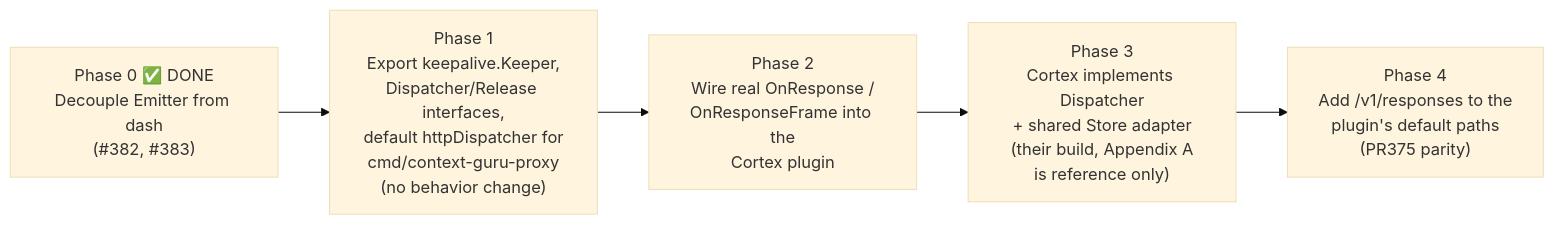
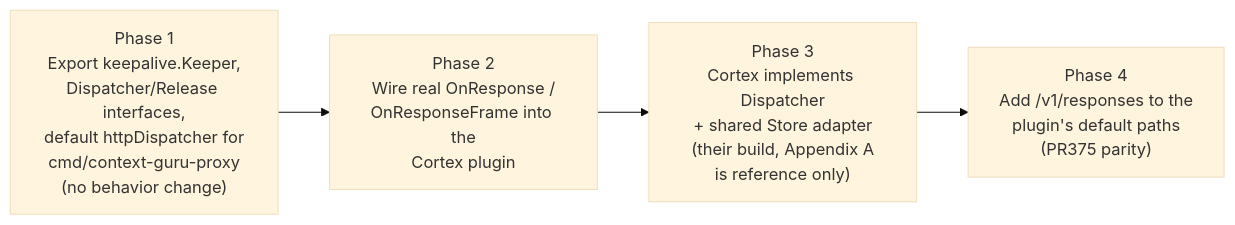
The fifth of 5 diagrams in docs/proposals/cortex-integration.md (rossoctl/context-guru), drawn with Mermaid (base theme) before and after one commit. The commit also changed other lines of this file, not shown here.

First line of the commit message:
docs: drop references to the already-shipped emitter decoupling

````diff
--- a/docs/proposals/cortex-integration.md
+++ b/docs/proposals/cortex-integration.md
@@ -216,8 +213,7 @@
 ```mermaid
 graph LR
-    P0["Phase 0 ✅ DONE<br/>Decouple Emitter from dash<br/>(#382, #383)"] --> P1
     P1["Phase 1<br/>Export keepalive.Keeper,<br/>Dispatcher/Release interfaces,<br/>default httpDispatcher for<br/>cmd/context-guru-proxy<br/>(no behavior change)"] --> P2
     P2["Phase 2<br/>Wire real OnResponse /<br/>OnResponseFrame into the<br/>Cortex plugin"] --> P3
     P3["Phase 3<br/>Cortex implements Dispatcher<br/>+ shared Store adapter<br/>(their build, Appendix A<br/>is reference only)"] --> P4
     P4["Phase 4<br/>Add /v1/responses to the<br/>plugin's default paths<br/>(PR375 parity)"]
 ```
````
